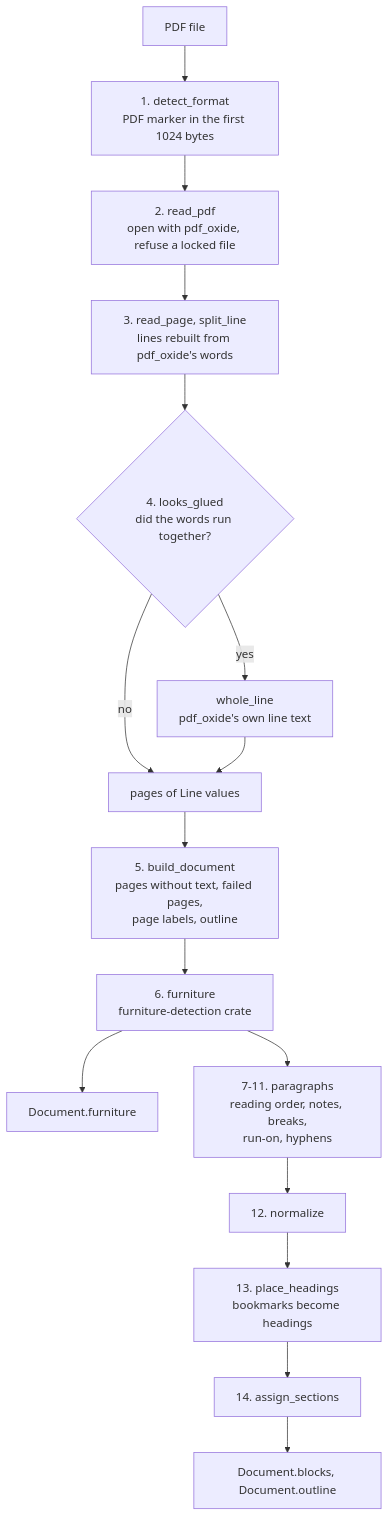
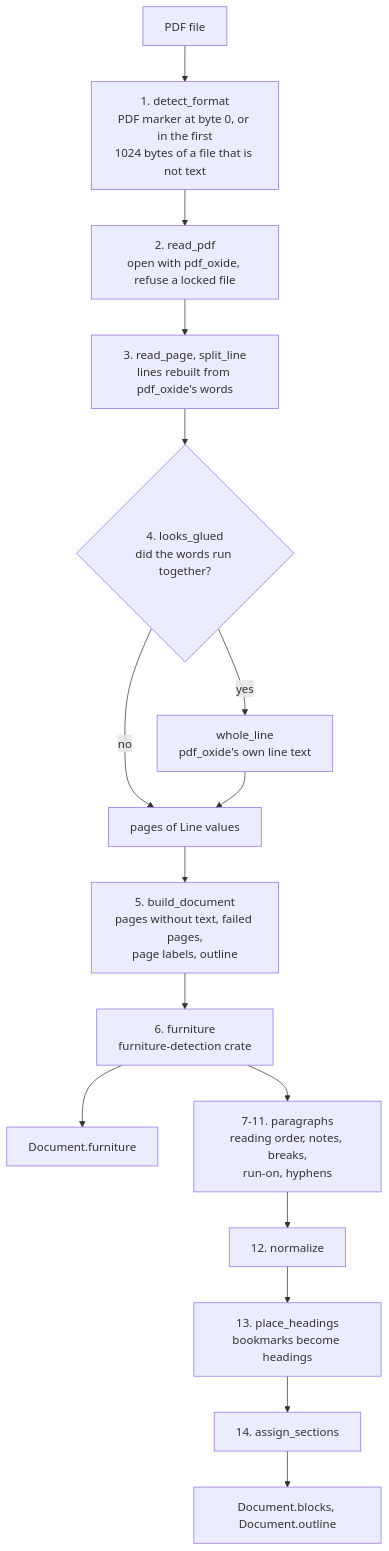
One commit to AhmedKishki/ebook-hero changed the diagram in docs/pdf-reading.md. Above: the diagram before and after it, drawn with Mermaid. The commit also changed other lines of this file and 6 other files, not shown here.

First line of the commit message:
Test for UTF-8 text before the PDF marker anywhere but byte 0

````diff
--- a/docs/pdf-reading.md
+++ b/docs/pdf-reading.md
@@ -48,18 +48,18 @@
 ```mermaid
 flowchart TD
-    A["PDF file"] --> B["1. detect_format<br/>PDF marker in the first 1024 bytes"]
+    A["PDF file"] --> B["1. detect_format<br/>PDF marker at byte 0, or in the first<br/>1024 bytes of a file that is not text"]
     B --> C["2. read_pdf<br/>open with pdf_oxide, refuse a locked file"]
     C --> D["3. read_page, split_line<br/>lines rebuilt from pdf_oxide's words"]
     D --> E{"4. looks_glued<br/>did the words run together?"}
     E -- no --> G["pages of Line values"]
     E -- yes --> F["whole_line<br/>pdf_oxide's own line text"]
     F --> G
     G --> H["5. build_document<br/>pages without text, failed pages,<br/>page labels, outline"]
     H --> I["6. furniture<br/>furniture-detection crate"]
     I --> J["Document.furniture"]
     I --> K["7-11. paragraphs<br/>reading order, notes, breaks,<br/>run-on, hyphens"]
     K --> L["12. normalize"]
     L --> M["13. place_headings<br/>bookmarks become headings"]
     M --> N["14. assign_sections"]
     N --> O["Document.blocks, Document.outline"]
 ```
````
